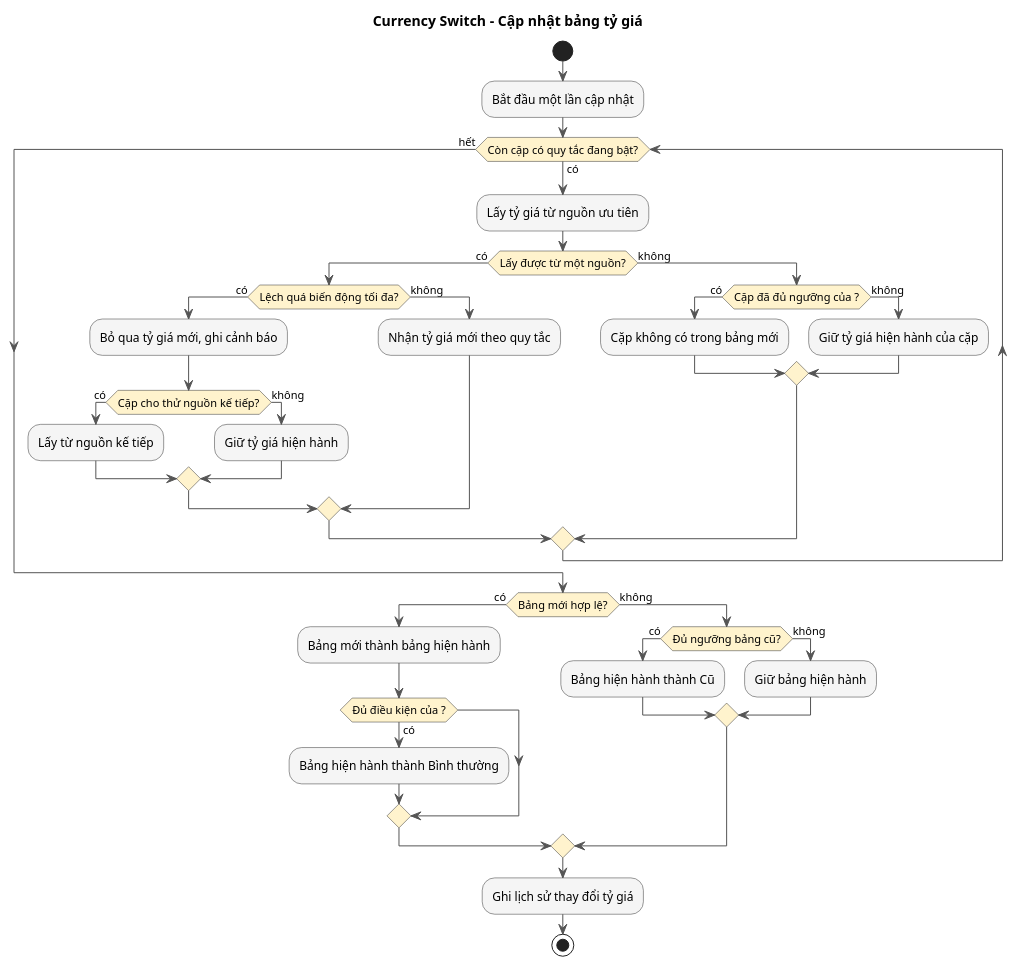
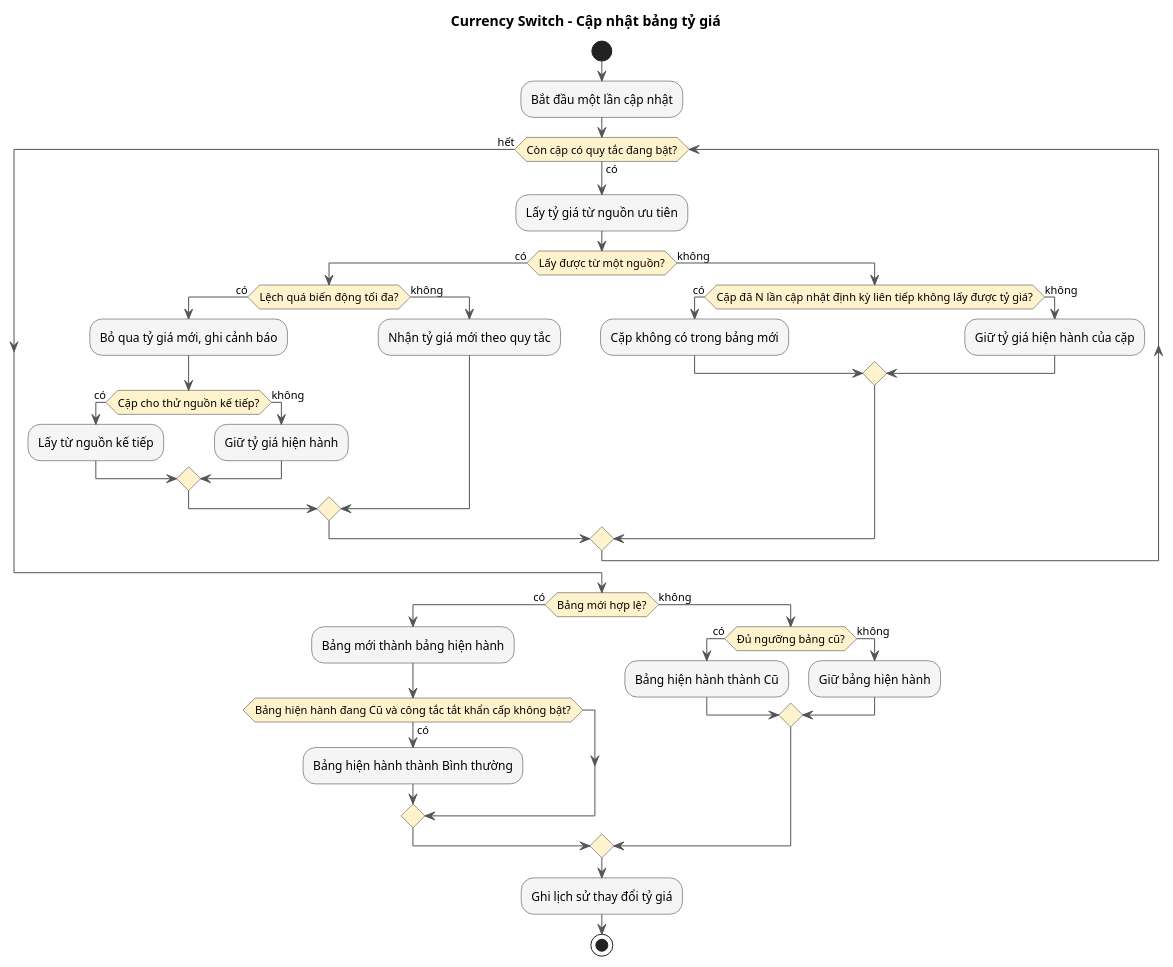
The third of 3 diagrams in domain-knowledge/currency-switch/PRDs/currency-switch_PRD.md (Tuon-Tun/PRD_Vexere), drawn with PlantUML before and after one commit. The commit also changed other lines of this file, not shown here.

````diff
--- a/domain-knowledge/currency-switch/PRDs/currency-switch_PRD.md
+++ b/domain-knowledge/currency-switch/PRDs/currency-switch_PRD.md
@@ -336,48 +338,48 @@
 ```plantuml
 @startuml
 skinparam ActivityBackgroundColor #f5f5f5
 skinparam ActivityBorderColor #333333
 skinparam ArrowColor #555555
 skinparam ActivityDiamondBackgroundColor #fff3cd
 
 title Currency Switch - Cập nhật bảng tỷ giá
 
 start
 :Bắt đầu một lần cập nhật;
 while (Còn cặp có quy tắc đang bật?) is (có)
   :Lấy tỷ giá từ nguồn ưu tiên;
   if (Lấy được từ một nguồn?) then (có)
     if (Lệch quá biến động tối đa?) then (có)
       :Bỏ qua tỷ giá mới, ghi cảnh báo;
       if (Cặp cho thử nguồn kế tiếp?) then (có)
         :Lấy từ nguồn kế tiếp;
       else (không)
         :Giữ tỷ giá hiện hành;
       endif
     else (không)
       :Nhận tỷ giá mới theo quy tắc;
     endif
   else (không)
-    if (Cặp đã đủ ngưỡng của ?) then (có)
+    if (Cặp đã N lần cập nhật định kỳ liên tiếp không lấy được tỷ giá?) then (có)
       :Cặp không có trong bảng mới;
     else (không)
       :Giữ tỷ giá hiện hành của cặp;
     endif
   endif
 endwhile (hết)
 if (Bảng mới hợp lệ?) then (có)
   :Bảng mới thành bảng hiện hành;
-  if (Đủ điều kiện của ?) then (có)
+  if (Bảng hiện hành đang Cũ và công tắc tắt khẩn cấp không bật?) then (có)
     :Bảng hiện hành thành Bình thường;
   endif
 else (không)
   if (Đủ ngưỡng bảng cũ?) then (có)
     :Bảng hiện hành thành Cũ;
   else (không)
     :Giữ bảng hiện hành;
   endif
 endif
 :Ghi lịch sử thay đổi tỷ giá;
 stop
 @enduml
 ```
````
